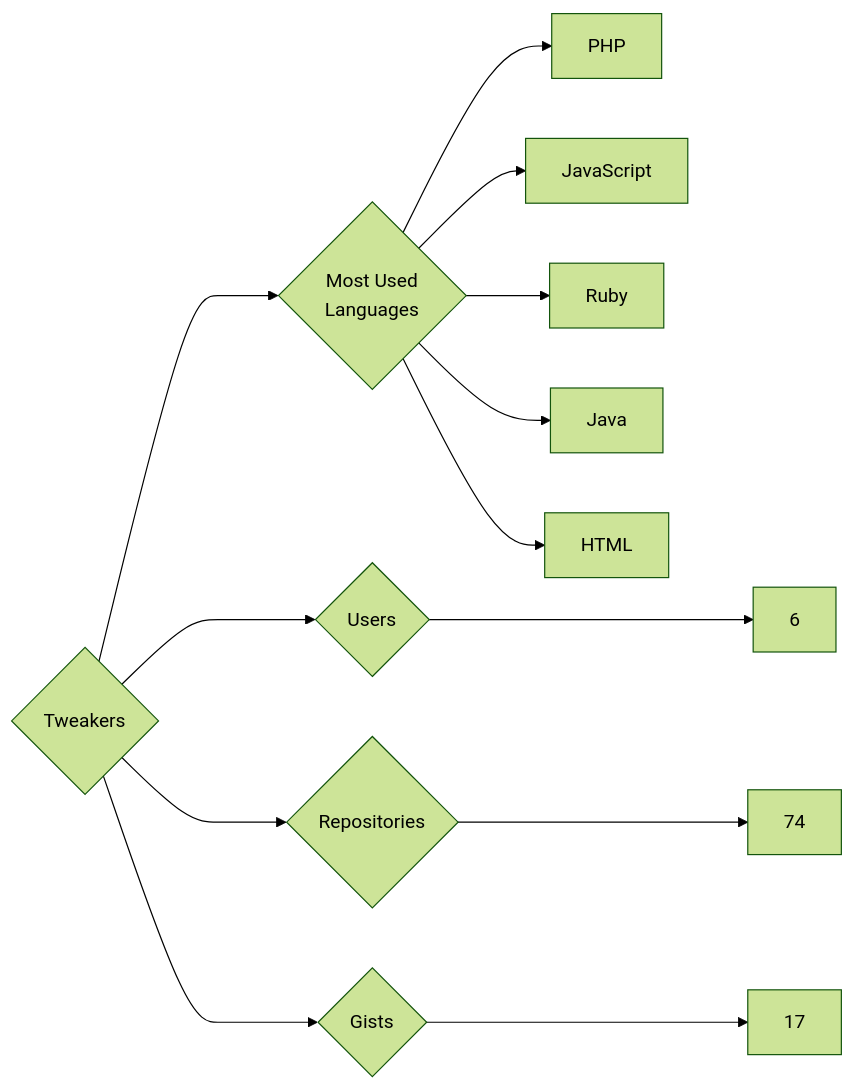
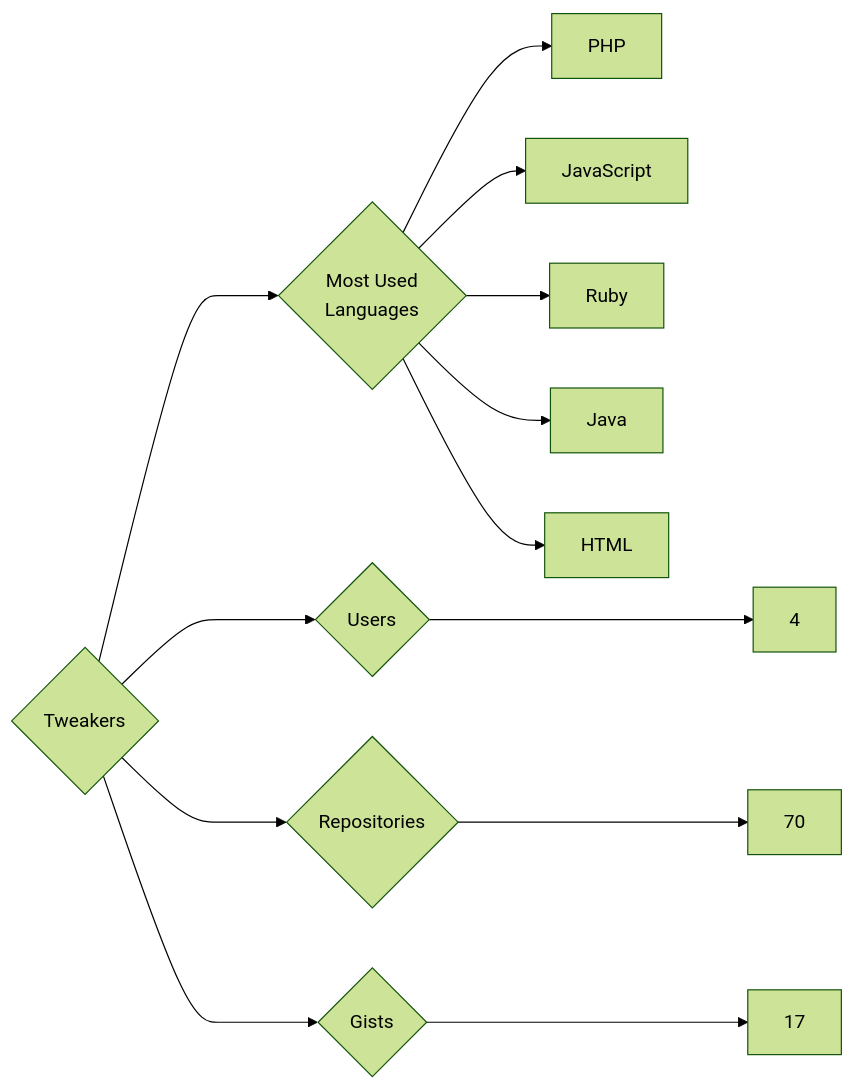
Before and after one commit to trickest/insiders: the diagram in targets/Tweakers/README.md, drawn with Mermaid (forest theme). The commit also changed 728 other files, not shown here.

````diff
--- a/targets/Tweakers/README.md
+++ b/targets/Tweakers/README.md
@@ -3,13 +3,13 @@
 ```mermaid
 graph LR
 COMPANY_NAME{Tweakers}
-COMPANY_NAME ---> U{Users} ---> UN[6]
-COMPANY_NAME ---> R{Repositories} ---> RN[74]
+COMPANY_NAME ---> U{Users} ---> UN[4]
+COMPANY_NAME ---> R{Repositories} ---> RN[70]
 COMPANY_NAME ---> G{Gists} ---> GN[17]
 COMPANY_NAME ---> ML{Most Used<br>Languages}
 ML --> PHP[PHP]
 ML --> JavaScript[JavaScript]
 ML --> Ruby[Ruby]
 ML --> Java[Java]
 ML --> HTML[HTML]
 ```
````
